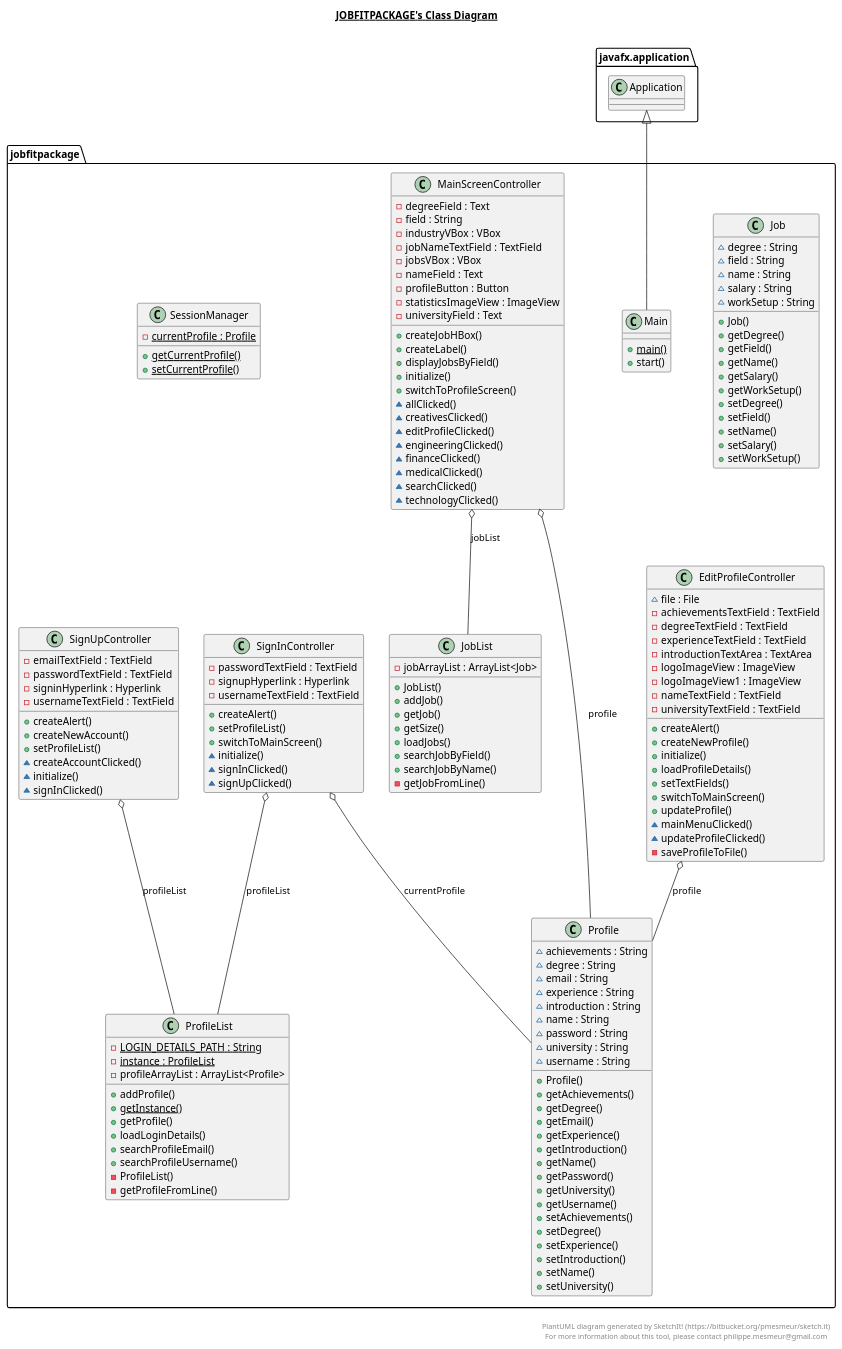
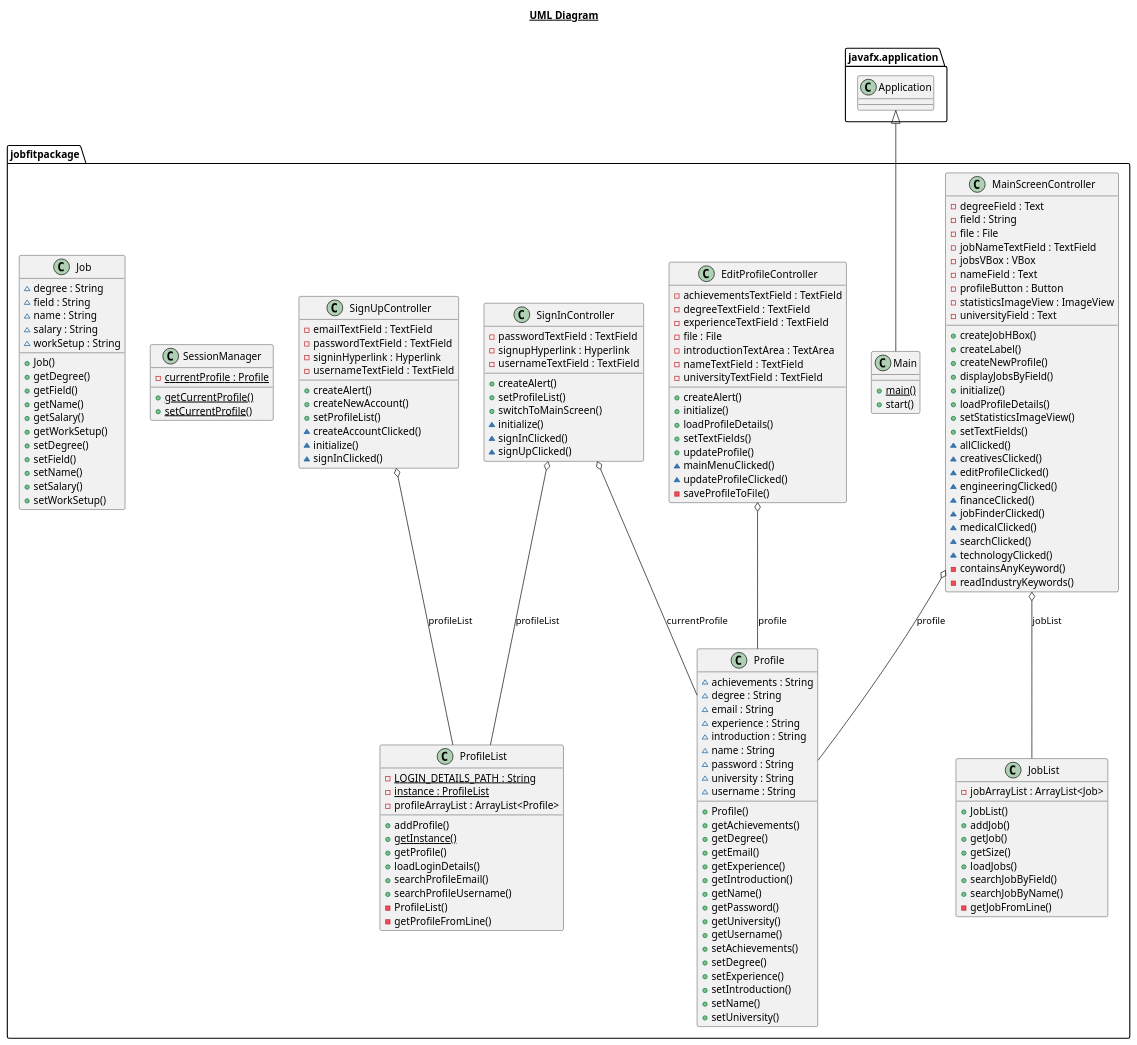
Before and after one commit to Cycromous/oo3RedProject: the diagram in JobFitPUML.plantuml, drawn with PlantUML.

Commit message:
added class diagram, updated uml diagram

```diff
--- a/JobFitPUML.plantuml
+++ b/JobFitPUML.plantuml
@@ -1,200 +1,198 @@
 @startuml
 
-title __JOBFITPACKAGE's Class Diagram__\n
+title __UML Diagram__\n
 
 set namespaceseparator none
-    namespace jobfitpackage {
-      class EditProfileController {
-          ~ file : File
-          - achievementsTextField : TextField
-          - degreeTextField : TextField
-          - experienceTextField : TextField
-          - introductionTextArea : TextArea
-          - logoImageView : ImageView
-          - logoImageView1 : ImageView
-          - nameTextField : TextField
-          - universityTextField : TextField
-          + createAlert()
-          + createNewProfile()
-          + initialize()
-          + loadProfileDetails()
-          + setTextFields()
-          + switchToMainScreen()
-          + updateProfile()
-          ~ mainMenuClicked()
-          ~ updateProfileClicked()
-          - saveProfileToFile()
-      }
+
+namespace javafx.application {
+  class Application {}
+}
+
+namespace jobfitpackage {
+  class EditProfileController {
+      - achievementsTextField : TextField
+      - degreeTextField : TextField
+      - experienceTextField : TextField
+      - file : File
+      - introductionTextArea : TextArea
+      - nameTextField : TextField
+      - universityTextField : TextField
+      + createAlert()
+      + initialize()
+      + loadProfileDetails()
+      + setTextFields()
+      + updateProfile()
+      ~ mainMenuClicked()
+      ~ updateProfileClicked()
+      - saveProfileToFile()
+  }
+}
+
+namespace jobfitpackage {
+    class Profile {
+        ~ achievements : String
+        ~ degree : String
+        ~ email : String
+        ~ experience : String
+        ~ introduction : String
+        ~ name : String
+        ~ password : String
+        ~ university : String
+        ~ username : String
+        + Profile()
+        + getAchievements()
+        + getDegree()
+        + getEmail()
+        + getExperience()
+        + getIntroduction()
+        + getName()
+        + getPassword()
+        + getUniversity()
+        + getUsername()
+        + setAchievements()
+        + setDegree()
+        + setExperience()
+        + setIntroduction()
+        + setName()
+        + setUniversity()
     }
-
-    namespace jobfitpackage {
-      class Job {
-          ~ degree : String
-          ~ field : String
-          ~ name : String
-          ~ salary : String
-          ~ workSetup : String
-          + Job()
-          + getDegree()
-          + getField()
-          + getName()
-          + getSalary()
-          + getWorkSetup()
-          + setDegree()
-          + setField()
-          + setName()
-          + setSalary()
-          + setWorkSetup()
-      }
-    }
-
-    namespace jobfitpackage {
-      class JobList {
-          - jobArrayList : ArrayList<Job>
-          + JobList()
-          + addJob()
-          + getJob()
-          + getSize()
-          + loadJobs()
-          + searchJobByField()
-          + searchJobByName()
-          - getJobFromLine()
-      }
-    }
-
-    namespace jobfitpackage {
-      class Main {
-          {static} + main()
-          + start()
-      }
-    }
-
-    namespace jobfitpackage {
-      class MainScreenController {
-          - degreeField : Text
-          - field : String
-          - industryVBox : VBox
-          - jobNameTextField : TextField
-          - jobsVBox : VBox
-          - nameField : Text
-          - profileButton : Button
-          - statisticsImageView : ImageView
-          - universityField : Text
-          + createJobHBox()
-          + createLabel()
-          + displayJobsByField()
-          + initialize()
-          + switchToProfileScreen()
-          ~ allClicked()
-          ~ creativesClicked()
-          ~ editProfileClicked()
-          ~ engineeringClicked()
-          ~ financeClicked()
-          ~ medicalClicked()
-          ~ searchClicked()
-          ~ technologyClicked()
-      }
-    }
-
-    namespace jobfitpackage {
-      class Profile {
-          ~ achievements : String
-          ~ degree : String
-          ~ email : String
-          ~ experience : String
-          ~ introduction : String
-          ~ name : String
-          ~ password : String
-          ~ university : String
-          ~ username : String
-          + Profile()
-          + getAchievements()
-          + getDegree()
-          + getEmail()
-          + getExperience()
-          + getIntroduction()
-          + getName()
-          + getPassword()
-          + getUniversity()
-          + getUsername()
-          + setAchievements()
-          + setDegree()
-          + setExperience()
-          + setIntroduction()
-          + setName()
-          + setUniversity()
-      }
-    }
-
-    namespace jobfitpackage {
-      class ProfileList {
-          {static} - LOGIN_DETAILS_PATH : String
-          {static} - instance : ProfileList
-          - profileArrayList : ArrayList<Profile>
-          + addProfile()
-          {static} + getInstance()
-          + getProfile()
-          + loadLoginDetails()
-          + searchProfileEmail()
-          + searchProfileUsername()
-          - ProfileList()
-          - getProfileFromLine()
-      }
-    }
-
-    namespace jobfitpackage {
-      class SessionManager {
-          {static} - currentProfile : Profile
-          {static} + getCurrentProfile()
-          {static} + setCurrentProfile()
-      }
-    }
-
-    namespace jobfitpackage {
-      class SignInController {
-          - passwordTextField : TextField
-          - signupHyperlink : Hyperlink
-          - usernameTextField : TextField
-          + createAlert()
-          + setProfileList()
-          + switchToMainScreen()
-          ~ initialize()
-          ~ signInClicked()
-          ~ signUpClicked()
-      }
-    }
-
-    namespace jobfitpackage {
-      class SignUpController {
-          - emailTextField : TextField
-          - passwordTextField : TextField
-          - signinHyperlink : Hyperlink
-          - usernameTextField : TextField
-          + createAlert()
-          + createNewAccount()
-          + setProfileList()
-          ~ createAccountClicked()
-          ~ initialize()
-          ~ signInClicked()
-      }
-    }
-
-  namespace javafx.application {
-  class Application
   }
 
-  EditProfileController o-- Profile : profile
-  Main -up-|> Application
-  MainScreenController o-- JobList : jobList
-  MainScreenController o--- Profile : profile
-  SignInController o-- Profile : currentProfile
-  SignInController o-- ProfileList : profileList
-  SignUpController o-- ProfileList : profileList
+namespace jobfitpackage {
+  class JobList {
+      - jobArrayList : ArrayList<Job>
+      + JobList()
+      + addJob()
+      + getJob()
+      + getSize()
+      + loadJobs()
+      + searchJobByField()
+      + searchJobByName()
+      - getJobFromLine()
+  }
+}
 
-right footer
+namespace jobfitpackage {
+  class Main {
+      {static} + main()
+      + start()
+  }
+}
 
-PlantUML diagram generated by SketchIt! (https://bitbucket.org/pmesmeur/sketch.it)
-For more information about this tool, please contact philippe.mesmeur@gmail.com
-endfooter
+namespace jobfitpackage {
+  class MainScreenController {
+      - degreeField : Text
+      - field : String
+      - file : File
+      - jobNameTextField : TextField
+      - jobsVBox : VBox
+      - nameField : Text
+      - profileButton : Button
+      - statisticsImageView : ImageView
+      - universityField : Text
+      + createJobHBox()
+      + createLabel()
+      + createNewProfile()
+      + displayJobsByField()
+      + initialize()
+      + loadProfileDetails()
+      + setStatisticsImageView()
+      + setTextFields()
+      ~ allClicked()
+      ~ creativesClicked()
+      ~ editProfileClicked()
+      ~ engineeringClicked()
+      ~ financeClicked()
+      ~ jobFinderClicked()
+      ~ medicalClicked()
+      ~ searchClicked()
+      ~ technologyClicked()
+      - containsAnyKeyword()
+      - readIndustryKeywords()
+  }
+}
+
+namespace jobfitpackage {
+  class ProfileList {
+      {static} - LOGIN_DETAILS_PATH : String
+      {static} - instance : ProfileList
+      - profileArrayList : ArrayList<Profile>
+      + addProfile()
+      {static} + getInstance()
+      + getProfile()
+      + loadLoginDetails()
+      + searchProfileEmail()
+      + searchProfileUsername()
+      - ProfileList()
+      - getProfileFromLine()
+  }
+}
+
+namespace jobfitpackage {
+  class SignInController {
+      - passwordTextField : TextField
+      - signupHyperlink : Hyperlink
+      - usernameTextField : TextField
+      + createAlert()
+      + setProfileList()
+      + switchToMainScreen()
+      ~ initialize()
+      ~ signInClicked()
+      ~ signUpClicked()
+  }
+}
+
+namespace jobfitpackage {
+  class SignUpController {
+      - emailTextField : TextField
+      - passwordTextField : TextField
+      - signinHyperlink : Hyperlink
+      - usernameTextField : TextField
+      + createAlert()
+      + createNewAccount()
+      + setProfileList()
+      ~ createAccountClicked()
+      ~ initialize()
+      ~ signInClicked()
+  }
+}
+
+namespace jobfitpackage {
+  class SessionManager {
+      {static} - currentProfile : Profile
+      {static} + getCurrentProfile()
+      {static} + setCurrentProfile()
+  }
+}
+
+namespace jobfitpackage {
+  class Job {
+      ~ degree : String
+      ~ field : String
+      ~ name : String
+      ~ salary : String
+      ~ workSetup : String
+      + Job()
+      + getDegree()
+      + getField()
+      + getName()
+      + getSalary()
+      + getWorkSetup()
+      + setDegree()
+      + setField()
+      + setName()
+      + setSalary()
+      + setWorkSetup()
+  }
+}
+
+
+EditProfileController o-- Profile : profile
+Main -up-|> Application
+MainScreenController o-- JobList : jobList
+MainScreenController o-- Profile : profile
+SignInController o-- Profile : currentProfile
+SignInController o-- ProfileList : profileList
+SignUpController o-- ProfileList : profileList
 
 @enduml
```
